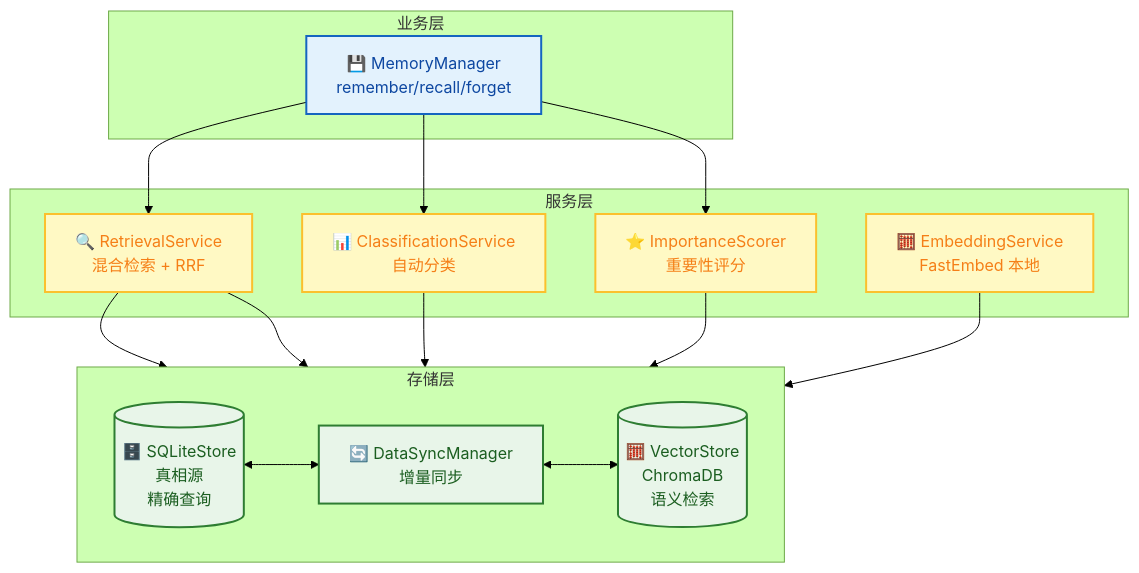
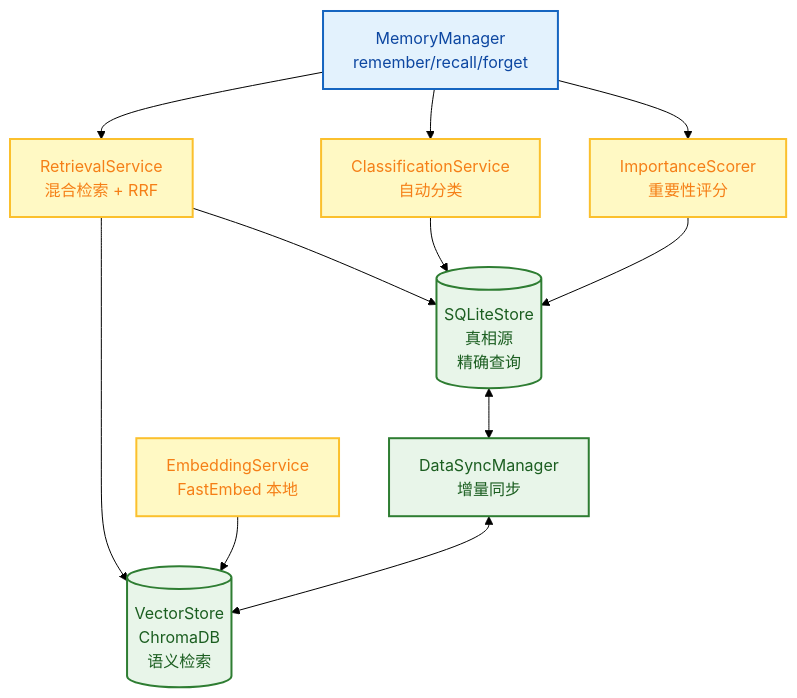
The fourth of 10 diagrams in docs/zh-CN/architecture.md (xt765/FinchBot), drawn with Mermaid (forest theme) before and after one commit. The commit also changed other lines of this file and 18 other files, not shown here.

First line of the commit message:
docs: 简化架构图并删除所有mermaid图中的表情包

````diff
--- a/docs/zh-CN/architecture.md
+++ b/docs/zh-CN/architecture.md
@@ -410,37 +356,25 @@
 ```mermaid
 flowchart TB
-    %% 样式定义
     classDef businessLayer fill:#e3f2fd,stroke:#1565c0,stroke-width:2px,color:#0d47a1;
     classDef serviceLayer fill:#fff9c4,stroke:#fbc02d,stroke-width:2px,color:#f57f17;
     classDef storageLayer fill:#e8f5e9,stroke:#2e7d32,stroke-width:2px,color:#1b5e20;
 
-    subgraph Business [业务层]
-        MM[💾 MemoryManager<br/>remember/recall/forget]
-    end
-    class MM businessLayer
+    MM[MemoryManager<br/>remember/recall/forget]:::businessLayer
 
-    subgraph Services [服务层]
-        RS[🔍 RetrievalService<br/>混合检索 + RRF]
-        CS[📊 ClassificationService<br/>自动分类]
-        IS[⭐ ImportanceScorer<br/>重要性评分]
-        ES[🧮 EmbeddingService<br/>FastEmbed 本地]
-    end
-    class RS,CS,IS,ES serviceLayer
+    RS[RetrievalService<br/>混合检索 + RRF]:::serviceLayer
+    CS[ClassificationService<br/>自动分类]:::serviceLayer
+    IS[ImportanceScorer<br/>重要性评分]:::serviceLayer
+    ES[EmbeddingService<br/>FastEmbed 本地]:::serviceLayer
 
-    subgraph Storage [存储层]
-        direction LR
-        SQLite[(🗄️ SQLiteStore<br/>真相源<br/>精确查询)]
-        Vector[(🧮 VectorStore<br/>ChromaDB<br/>语义检索)]
-        DS[🔄 DataSyncManager<br/>增量同步]
-    end
-    class SQLite,Vector,DS storageLayer
+    SQLite[(SQLiteStore<br/>真相源<br/>精确查询)]:::storageLayer
+    Vector[(VectorStore<br/>ChromaDB<br/>语义检索)]:::storageLayer
+    DS[DataSyncManager<br/>增量同步]:::storageLayer
 
-    %% 连接
     MM --> RS & CS & IS
     RS --> SQLite & Vector
     CS --> SQLite
     IS --> SQLite
     ES --> Vector
     
     SQLite <--> DS <--> Vector
 ```
````
